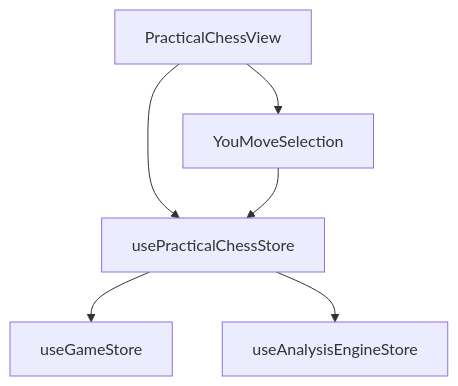
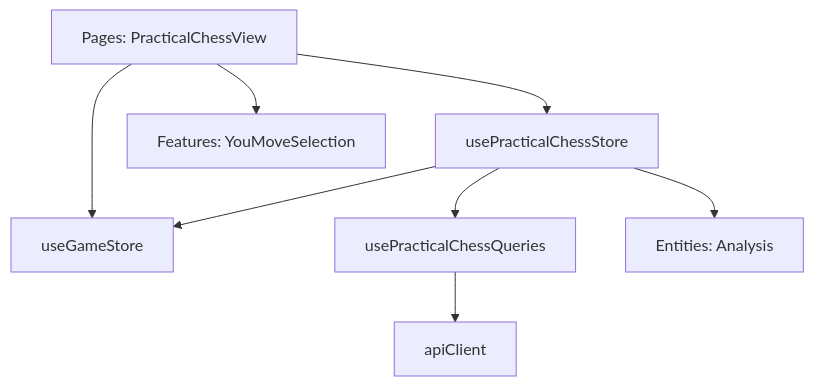
Before and after one commit to ImMoSer/Chessboard.fun: the diagram in game_logics/04_practical-chess.md, drawn with Mermaid. The commit also changed other lines of this file and 6 other files, not shown here.

````diff
--- a/game_logics/04_practical-chess.md
+++ b/game_logics/04_practical-chess.md
@@ -68,8 +66,12 @@
 ```mermaid
 graph TD
-    PracticalChessView --> usePracticalChessStore
+    PracticalChessPage[Pages: PracticalChessView] --> usePracticalChessStore
+    PracticalChessPage --> useGameStore
+    PracticalChessPage --> YouMoveSelection[Features: YouMoveSelection]
+    
+    usePracticalChessStore --> usePracticalChessQueries
     usePracticalChessStore --> useGameStore
-    usePracticalChessStore --> useAnalysisEngineStore
-    PracticalChessView --> YouMoveSelection
-    YouMoveSelection --> usePracticalChessStore
+    usePracticalChessStore --> useAnalysisEngineStore[Entities: Analysis]
+    
+    usePracticalChessQueries --> apiClient
 ```
````
